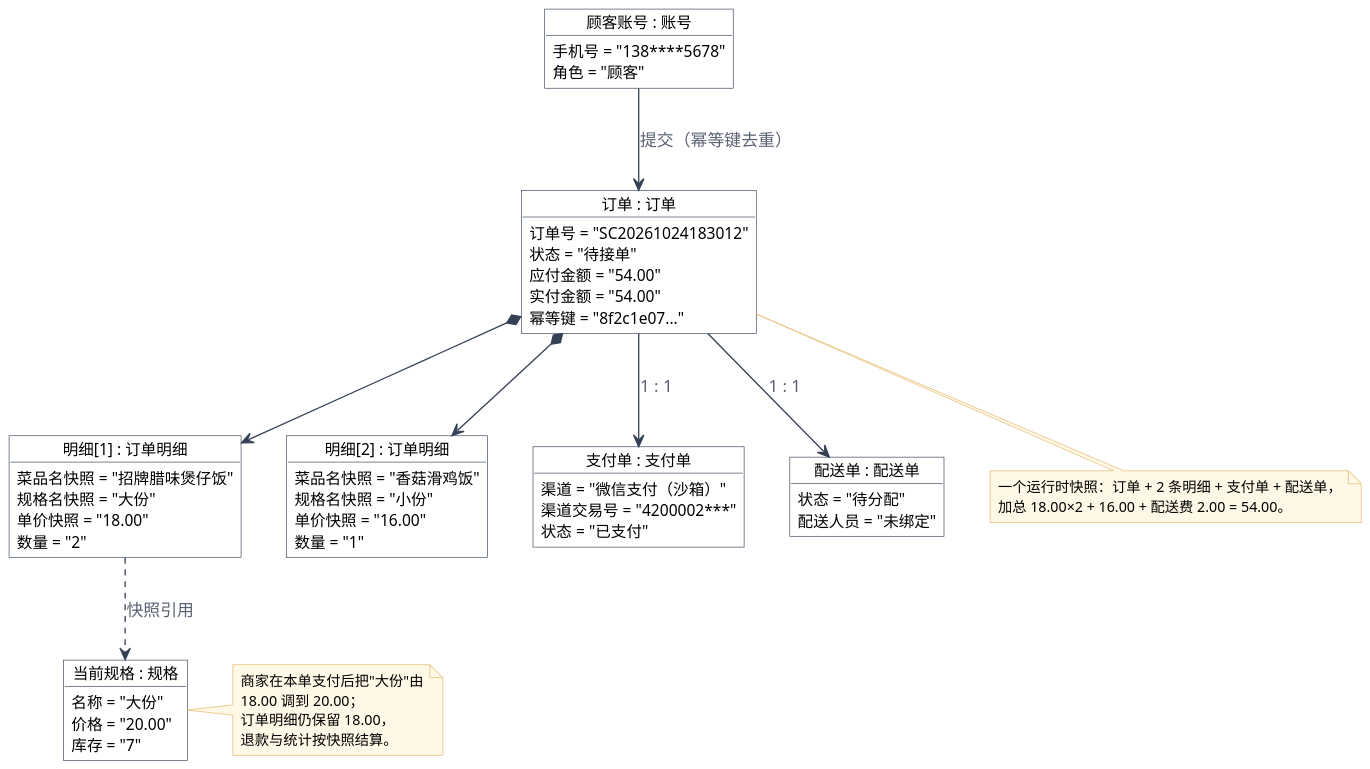
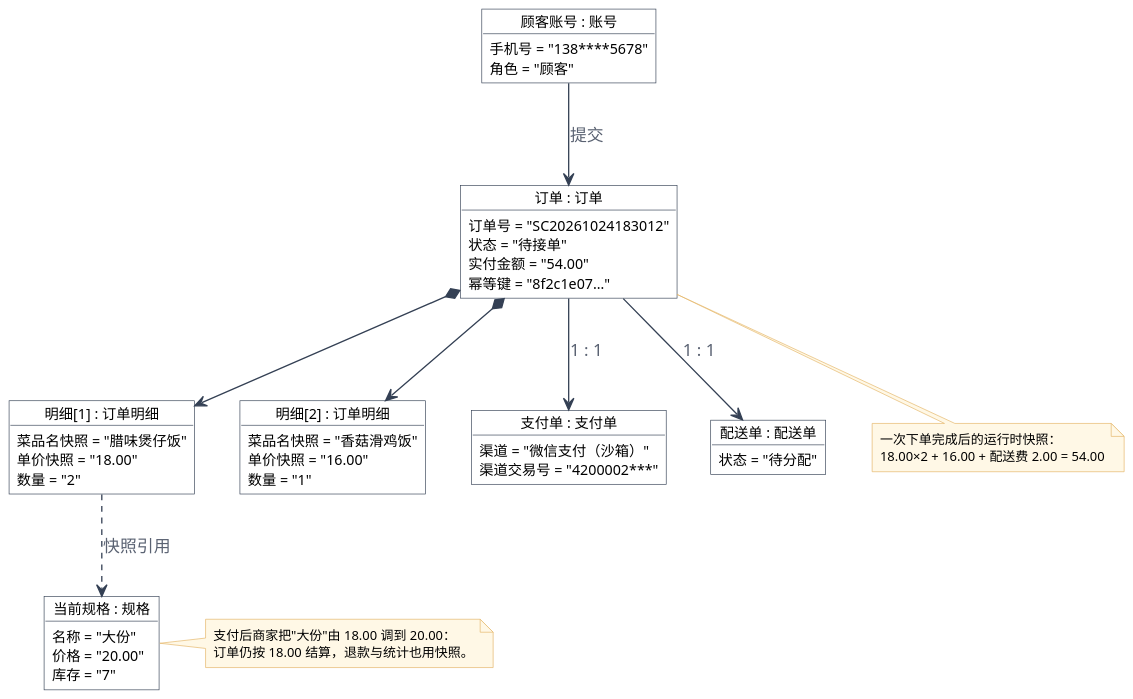
The diagram in lab2/UML/UML对象图.puml (yui060814zwp-creator/SE-lab), drawn with PlantUML before and after one commit. The commit also changed 21 other files, not shown here.

Commit message:
lab2: 按评审意见重画 UML，补足三类图（11 张，类图拆为交易域与账号商品域）

```diff
--- a/lab2/UML/UML对象图.puml
+++ b/lab2/UML/UML对象图.puml
@@ -1,75 +1,68 @@
 @startuml UML对象图
 skinparam defaultFontName "Microsoft YaHei"
 skinparam shadowing false
 skinparam ArrowColor #344054
 skinparam ArrowFontColor #5A6272
 skinparam dpi 150
 skinparam object {
   BackgroundColor #FFFFFF
   BorderColor #344054
   HeaderBackgroundColor #EAF1FA
-  FontSize 13
-  AttributeFontSize 12
+  FontSize 12
+  AttributeFontSize 11
 }
 skinparam note {
   BackgroundColor #FFF8E6
   BorderColor #E4B363
-  FontSize 11
+  FontSize 10
 }
 
 object "顾客账号 : 账号" as U {
   手机号 = "138****5678"
   角色 = "顾客"
 }
 object "当前规格 : 规格" as SPEC {
   名称 = "大份"
   价格 = "20.00"
   库存 = "7"
 }
 object "订单 : 订单" as O {
   订单号 = "SC20261024183012"
   状态 = "待接单"
-  应付金额 = "54.00"
   实付金额 = "54.00"
-  幂等键 = "8f2c1e07..."
+  幂等键 = "8f2c1e07…"
 }
 object "明细[1] : 订单明细" as L1 {
-  菜品名快照 = "招牌腊味煲仔饭"
-  规格名快照 = "大份"
+  菜品名快照 = "腊味煲仔饭"
   单价快照 = "18.00"
   数量 = "2"
 }
 object "明细[2] : 订单明细" as L2 {
   菜品名快照 = "香菇滑鸡饭"
-  规格名快照 = "小份"
   单价快照 = "16.00"
   数量 = "1"
 }
 object "支付单 : 支付单" as P {
   渠道 = "微信支付（沙箱）"
   渠道交易号 = "4200002***"
-  状态 = "已支付"
 }
 object "配送单 : 配送单" as D {
   状态 = "待分配"
-  配送人员 = "未绑定"
 }
 
-U --> O : 提交（幂等键去重）
+U --> O : 提交
 O *--> L1
 O *--> L2
 L1 ..> SPEC : 快照引用
 O --> P : 1 : 1
 O --> D : 1 : 1
 
 note right of SPEC
-  商家在本单支付后把"大份"由
-  18.00 调到 20.00；
-  订单明细仍保留 18.00，
-  退款与统计按快照结算。
+  支付后商家把"大份"由 18.00 调到 20.00：
+  订单仍按 18.00 结算，退款与统计也用快照。
 end note
 note bottom of O
-  一个运行时快照：订单 + 2 条明细 + 支付单 + 配送单，
-  加总 18.00×2 + 16.00 + 配送费 2.00 = 54.00。
+  一次下单完成后的运行时快照：
+  18.00×2 + 16.00 + 配送费 2.00 = 54.00
 end note
 @enduml
```
